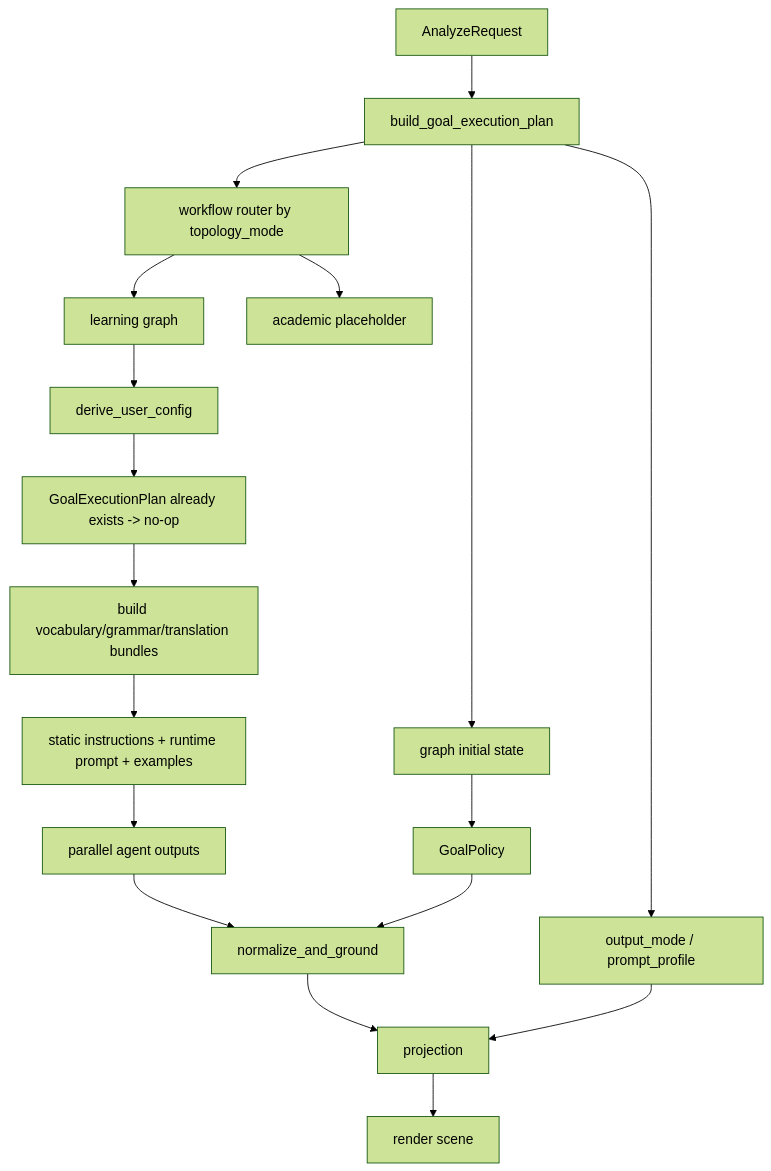
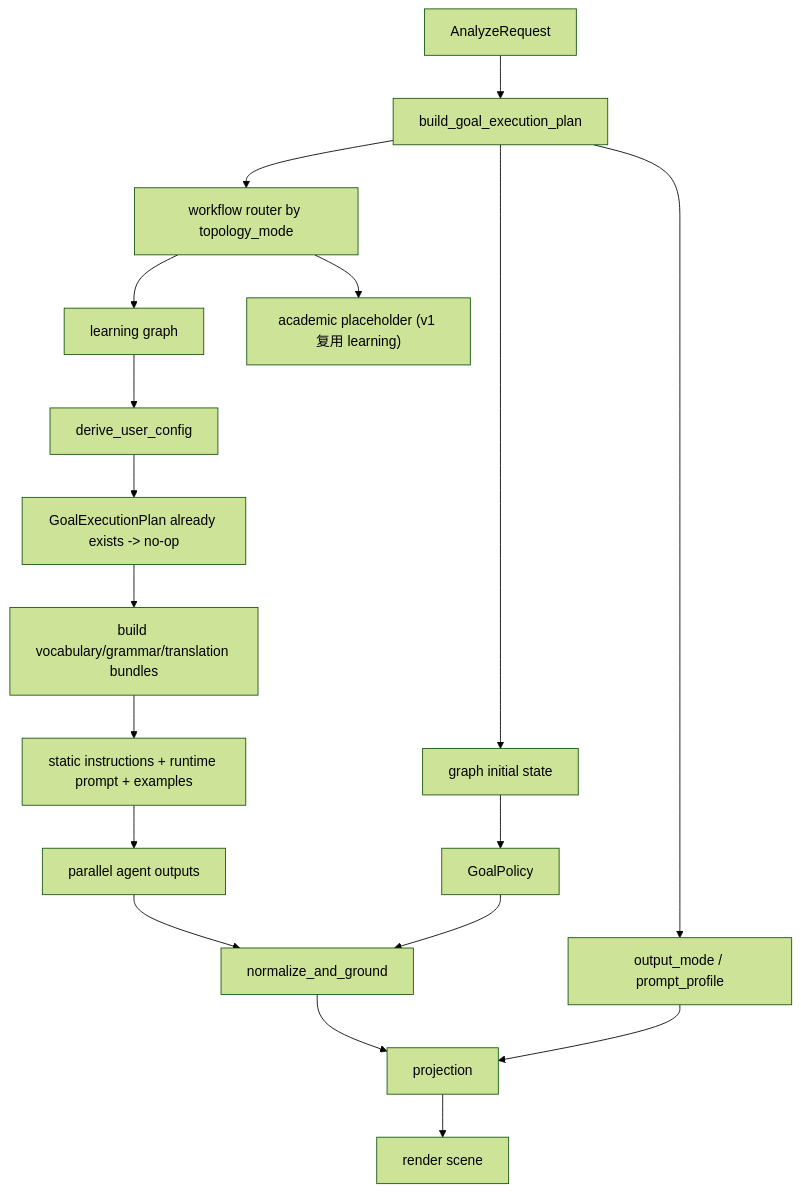
Before and after one commit to NanProduced/interpretation-of-english-articles: the diagram in docs/workflow/v3/differentiated-output-strategy-design.md, drawn with Mermaid (forest theme). The commit also changed other lines of this file and 5 other files, not shown here.

````diff
--- a/docs/workflow/v3/differentiated-output-strategy-design.md
+++ b/docs/workflow/v3/differentiated-output-strategy-design.md
@@ -174,20 +178,20 @@
 ```mermaid
 flowchart TD
     A["AnalyzeRequest"] --> B["build_goal_execution_plan"]
     B --> C["workflow router by topology_mode"]
     B --> D["graph initial state"]
     C --> E["learning graph"]
-    C --> F["academic placeholder"]
+    C --> F["academic placeholder (v1 复用 learning)"]
     E --> G["derive_user_config"]
     G --> H["GoalExecutionPlan already exists -> no-op"]
     H --> I["build vocabulary/grammar/translation bundles"]
     I --> J["static instructions + runtime prompt + examples"]
     J --> K["parallel agent outputs"]
     D --> L["GoalPolicy"]
     K --> M["normalize_and_ground"]
     L --> M
     B --> N["output_mode / prompt_profile"]
     M --> O["projection"]
     N --> O
     O --> P["render scene"]
 ```
````
